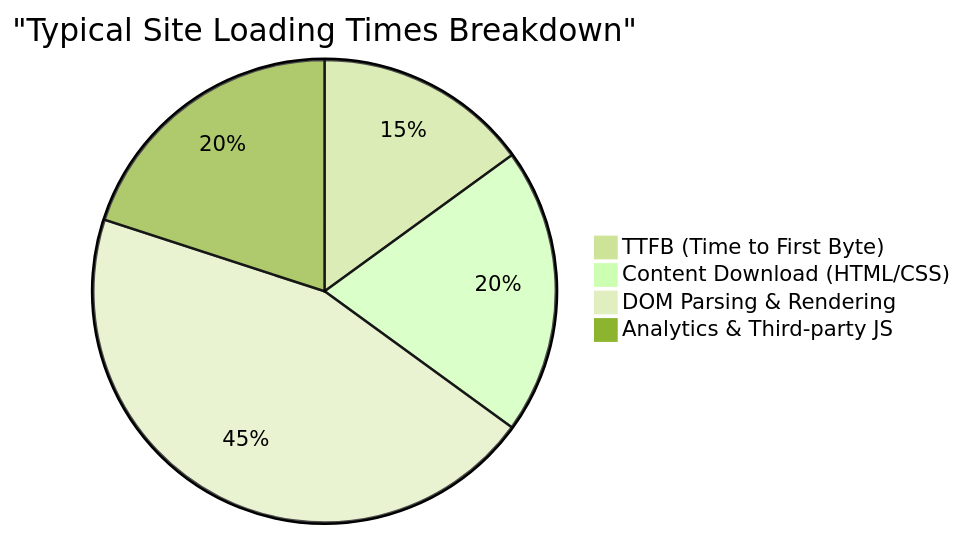
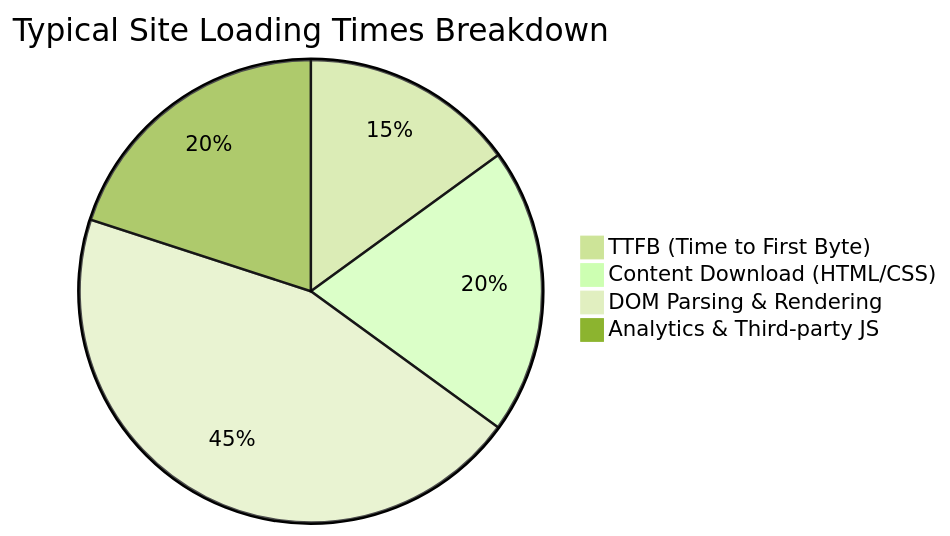
Before and after one commit to kenjinote/blog: the third of 3 diagrams in content/post/hugo_hosting/index.en.md, drawn with Mermaid (forest theme). The commit also changed other lines of this file and 703 other files, not shown here.

Commit message:
Fix: Remove quotes from Mermaid link texts and timeline definitions to support Mermaid 11.4.1

````diff
--- a/content/post/hugo_hosting/index.en.md
+++ b/content/post/hugo_hosting/index.en.md
@@ -217,7 +217,7 @@
 ```mermaid
-pie title "Typical Site Loading Times Breakdown"
+pie title Typical Site Loading Times Breakdown
     "TTFB (Time to First Byte)" : 15
     "Content Download (HTML/CSS)" : 20
     "DOM Parsing & Rendering" : 45
     "Analytics & Third-party JS" : 20
 ```
````
